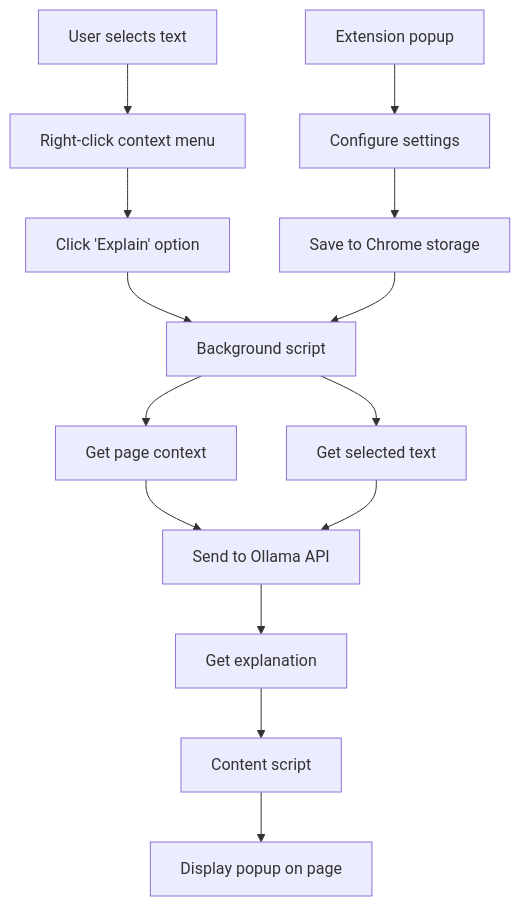
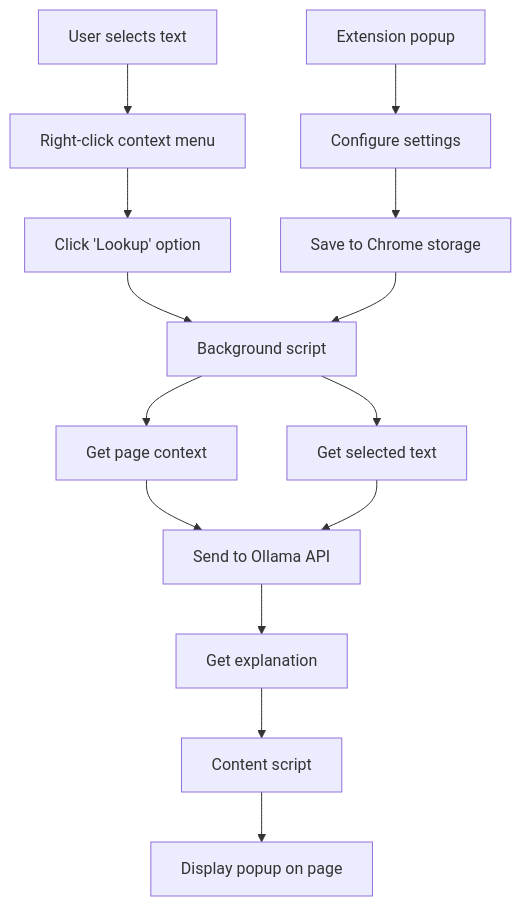
One commit to BRO3886/genlookup changed the first of 5 diagrams in README.md. Above: the diagram before and after it, drawn with Mermaid. The commit also changed other lines of this file and 2 other files, not shown here.

````diff
--- a/README.md
+++ b/README.md
@@ -7,17 +7,17 @@
 ```mermaid
 flowchart TD
     A[User selects text] --> B[Right-click context menu]
-    B --> C[Click 'Explain' option]
+    B --> C[Click 'Lookup' option]
     C --> D[Background script]
     D --> E[Get page context]
     D --> F[Get selected text]
     E --> G[Send to Ollama API]
     F --> G
     G --> H[Get explanation]
     H --> I[Content script]
     I --> J[Display popup on page]
 
     K[Extension popup] --> L[Configure settings]
     L --> M[Save to Chrome storage]
     M --> D
 ```
````
